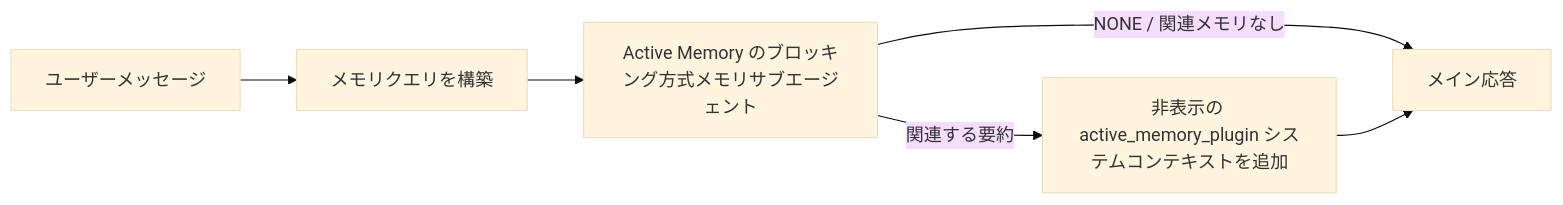
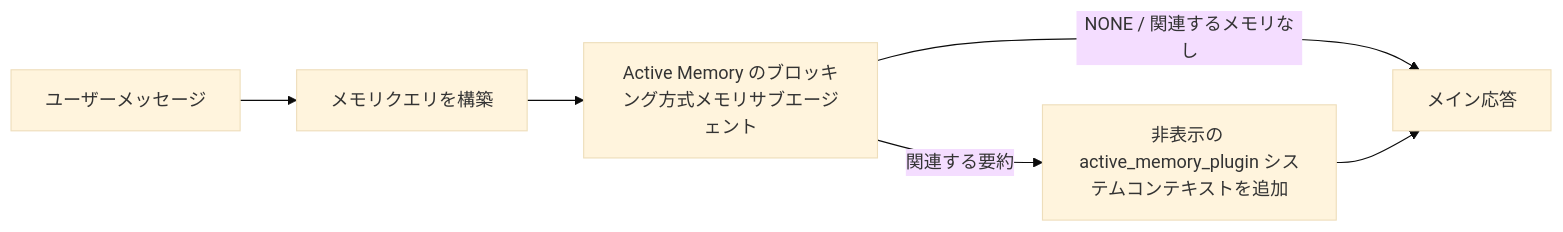
Before and after one commit to openclaw/docs: the diagram in docs/ja-JP/concepts/active-memory.md, drawn with Mermaid (base theme). The commit also changed other lines of this file and 6121 other files, not shown here.

````diff
--- a/docs/ja-JP/concepts/active-memory.md
+++ b/docs/ja-JP/concepts/active-memory.md
@@ -73,8 +85,8 @@
 ```mermaid
 flowchart LR
   U["ユーザーメッセージ"] --> Q["メモリクエリを構築"]
   Q --> R["Active Memory のブロッキング方式メモリサブエージェント"]
-  R -->|NONE / 関連メモリなし| M["メイン応答"]
+  R -->|NONE / 関連するメモリなし| M["メイン応答"]
   R -->|関連する要約| I["非表示の active_memory_plugin システムコンテキストを追加"]
   I --> M["メイン応答"]
 ```
````
